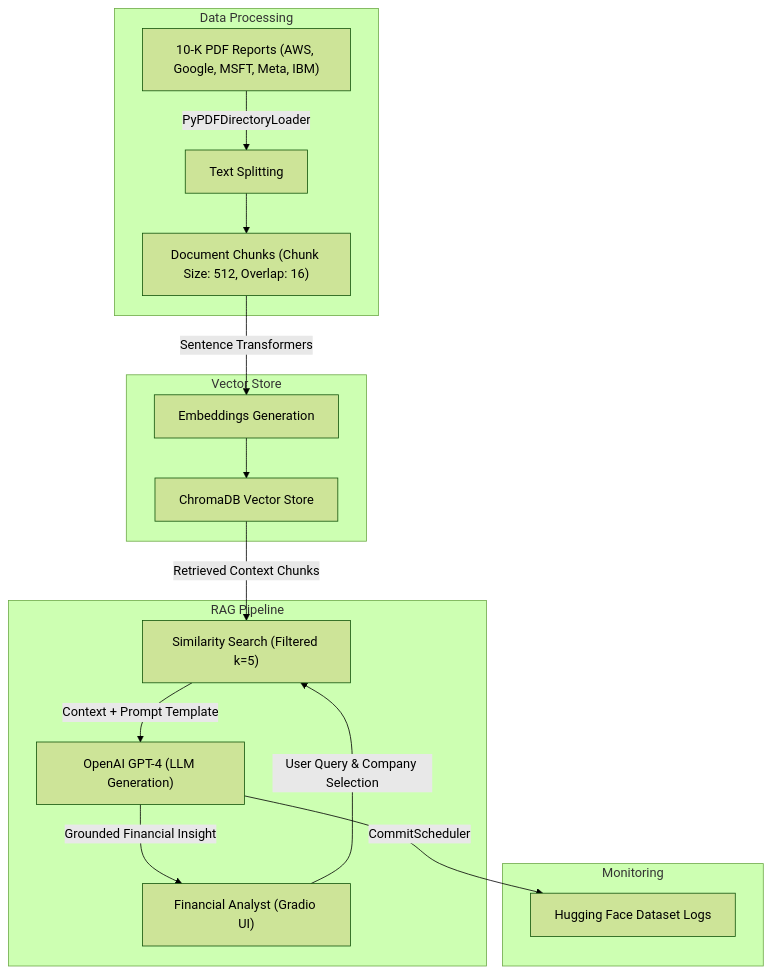
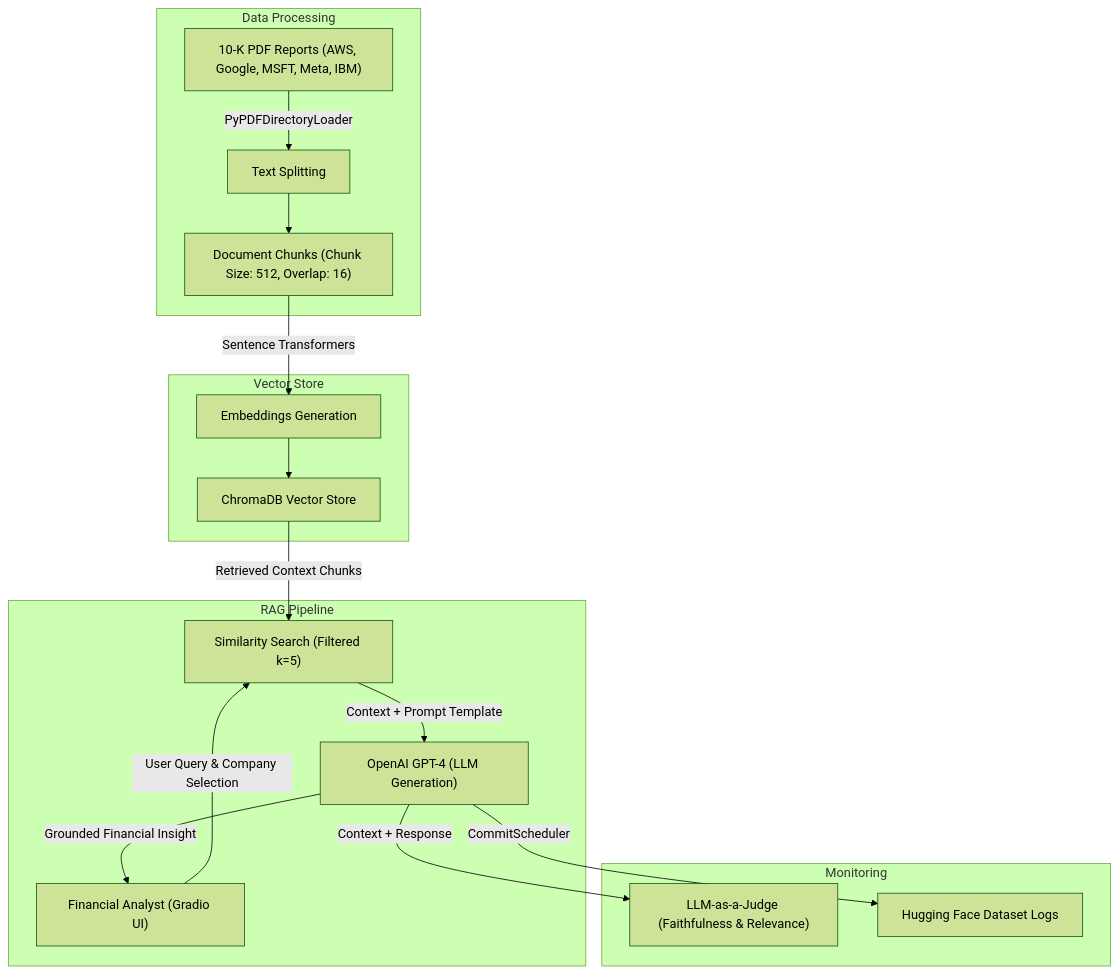
The diagram in README.md (nyanzi-AI-ML/rag-analyzer), drawn with Mermaid (forest theme) before and after one commit. The commit also changed other lines of this file, not shown here.

````diff
--- a/README.md
+++ b/README.md
@@ -26,20 +38,21 @@
 ```mermaid
 graph TD
     subgraph Data Processing
         A["10-K PDF Reports (AWS, Google, MSFT, Meta, IBM)"] -->|PyPDFDirectoryLoader| B["Text Splitting"]
         B --> C["Document Chunks (Chunk Size: 512, Overlap: 16)"]
     end
     subgraph Vector Store
         C -->|Sentence Transformers| D["Embeddings Generation"]
         D --> E["ChromaDB Vector Store"]
     end
     subgraph RAG Pipeline
         F["Financial Analyst (Gradio UI)"] -->|User Query & Company Selection| G["Similarity Search (Filtered k=5)"]
         E -->|Retrieved Context Chunks| G
         G -->|Context + Prompt Template| H["OpenAI GPT-4 (LLM Generation)"]
         H -->|Grounded Financial Insight| F
     end
     subgraph Monitoring
+        H -->|Context + Response| J["LLM-as-a-Judge (Faithfulness & Relevance)"]
         H -->|CommitScheduler| I["Hugging Face Dataset Logs"]
     end
 ```
````
